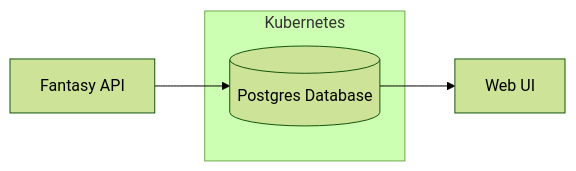
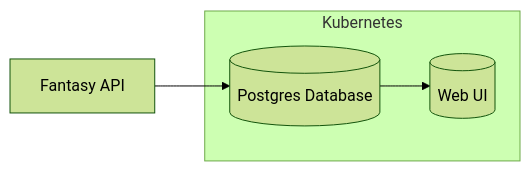
One commit to ChrisPayneHome/Fantasy-Football changed the diagram in README.md. Above: the diagram before and after it, drawn with Mermaid (forest theme).

Commit message:
Adding Web UI to Kubernetes group

````diff
--- a/README.md
+++ b/README.md
@@ -10,12 +10,12 @@
 ```mermaid
 flowchart LR
     subgraph kube[Kubernetes]
         db[(Postgres Database)]
+        app[(Web UI)]
     end
 
     api[Fantasy API]
-    app[Web UI]
 
     api --> db
     db --> app	 
 ```
````
